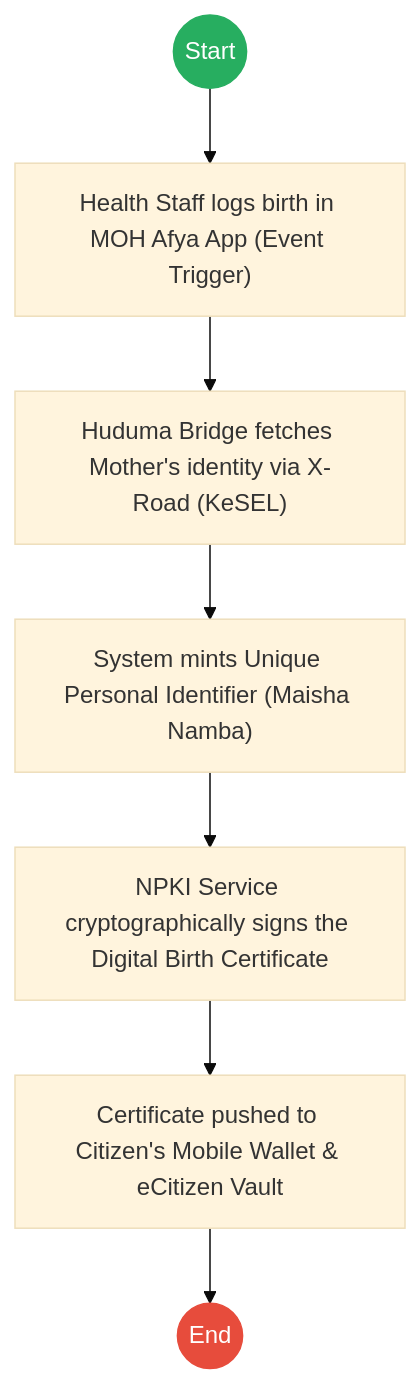
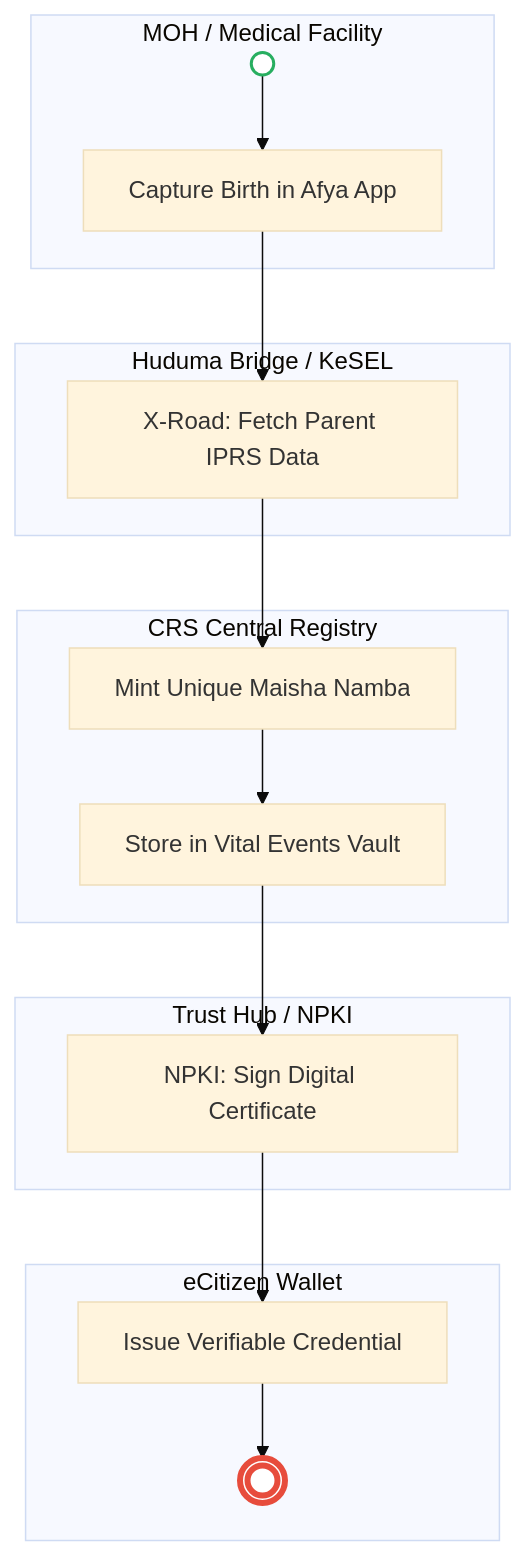
One commit to BITZ-IT-Consulting-LTD/ictapoc changed the second of 4 diagrams in mdas/docs_final/_CIVIL_REGISTRATION_SERVICES_CRS____Service_Delivery.md. Above: the diagram before and after it, drawn with Mermaid (base theme). The commit also changed other lines of this file and 2 other files, not shown here.

````diff
--- a/mdas/docs_final/_CIVIL_REGISTRATION_SERVICES_CRS____Service_Delivery.md
+++ b/mdas/docs_final/_CIVIL_REGISTRATION_SERVICES_CRS____Service_Delivery.md
@@ -51,14 +53,27 @@
 ```mermaid
-graph TD
-    Start((Start)) --> T1
-    T1["Health Staff logs birth in MOH Afya App (Event Trigger)"] --> T2
-    T2["Huduma Bridge fetches Mother's identity via X-Road (KeSEL)"] --> T3
-    T3["System mints Unique Personal Identifier (Maisha Namba)"] --> T4
-    T4["NPKI Service cryptographically signs the Digital Birth Certificate"] --> T5
-    T5["Certificate pushed to Citizen's Mobile Wallet & eCitizen Vault"] --> End((End))
+flowchart TD
+    subgraph Facility["MOH / Medical Facility"]
+        Start(( )) --> T1[Capture Birth in Afya App]
+    end
 
-    classDef start fill:#27ae60,stroke:#27ae60,color:#fff;
-    classDef endNode fill:#e74c3c,stroke:#e74c3c,color:#fff;
-    class Start start;
-    class End endNode;
+    subgraph Bridge["Huduma Bridge / KeSEL"]
+        T1 --> T2[X-Road: Fetch Parent IPRS Data]
+    end
+
+    subgraph Registry["CRS Central Registry"]
+        T2 --> T3[Mint Unique Maisha Namba]
+        T3 --> T4[Store in Vital Events Vault]
+    end
+
+    subgraph Trust["Trust Hub / NPKI"]
+        T4 --> T5[NPKI: Sign Digital Certificate]
+    end
+
+    subgraph Wallet["eCitizen Wallet"]
+        T5 --> T6[Issue Verifiable Credential]
+        T6 --> End((( )))
+    end
+
+    style Start fill:#fff,stroke:#27ae60,stroke-width:2px
+    style End fill:#fff,stroke:#e74c3c,stroke-width:4px
 ```
````
